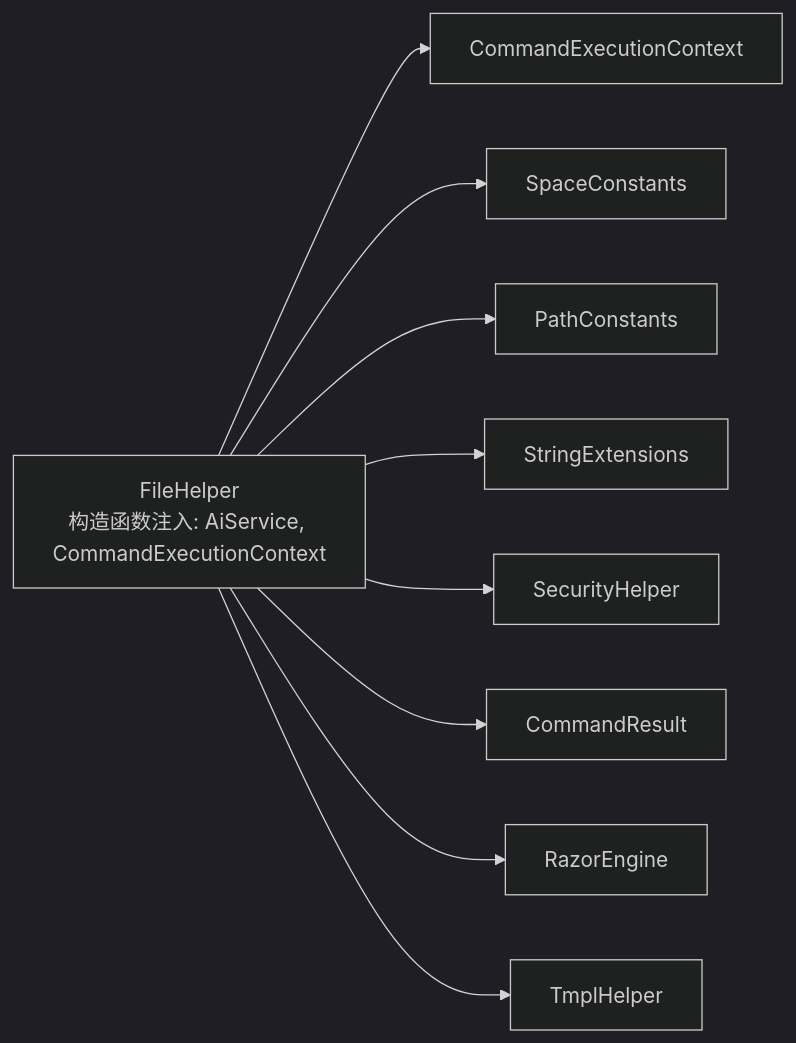
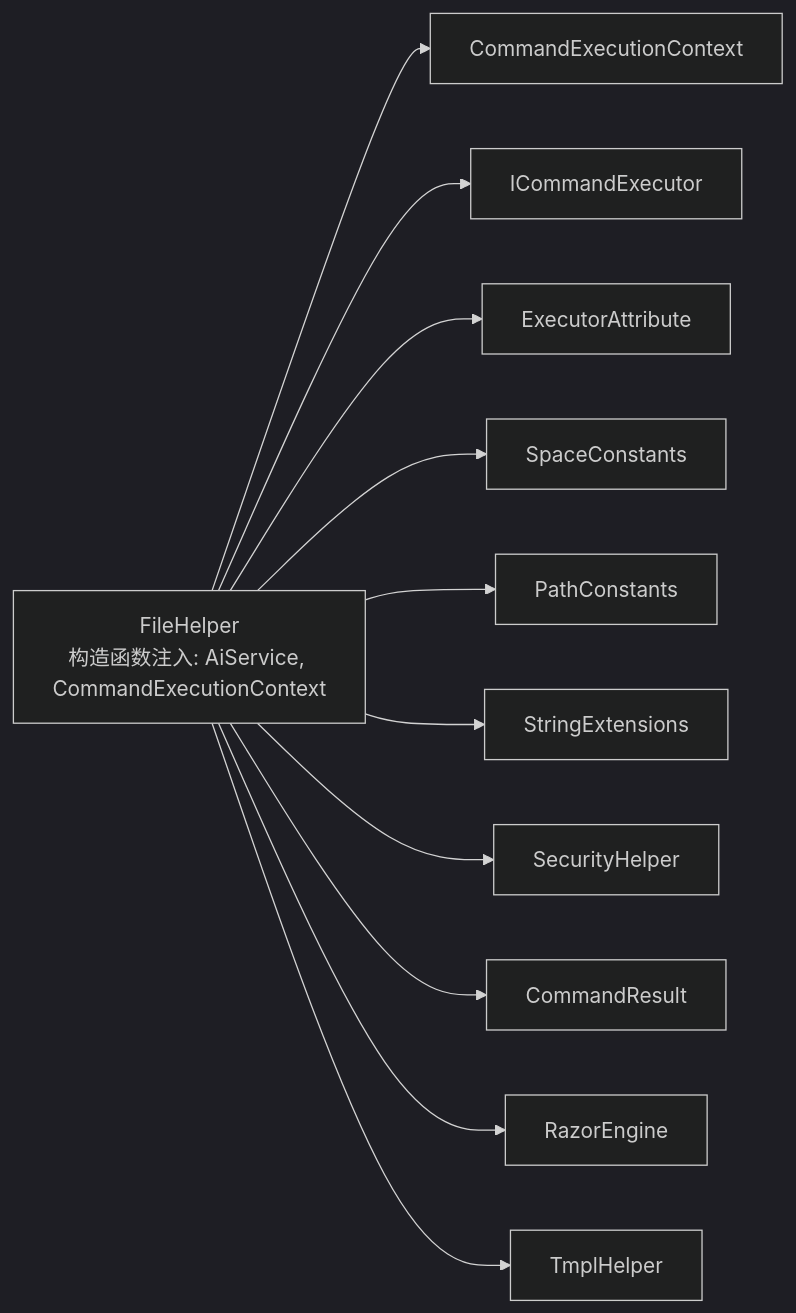
One commit to Sosososolong/AirGo changed the ninth of 9 diagrams in .qoder/repowiki/zh/content/项目概述/核心特性/工具库系统/文件操作工具/文件操作工具.md. Above: the diagram before and after it, drawn with Mermaid (dark theme). The commit also changed other lines of this file and 6 other files, not shown here.

````diff
--- a/.qoder/repowiki/zh/content/项目概述/核心特性/工具库系统/文件操作工具/文件操作工具.md
+++ b/.qoder/repowiki/zh/content/项目概述/核心特性/工具库系统/文件操作工具/文件操作工具.md
@@ -438,11 +507,13 @@
 ```mermaid
 graph LR
 FH["FileHelper<br/>构造函数注入: AiService, CommandExecutionContext"] --> CEC["CommandExecutionContext"]
+FH --> IC["ICommandExecutor"]
+FH --> EA["ExecutorAttribute"]
 FH --> SC["SpaceConstants"]
 FH --> PC["PathConstants"]
 FH --> SE["StringExtensions"]
 FH --> SH["SecurityHelper"]
 FH --> CR["CommandResult"]
 FH --> RE["RazorEngine"]
 FH --> TH["TmplHelper"]
 ```
````
